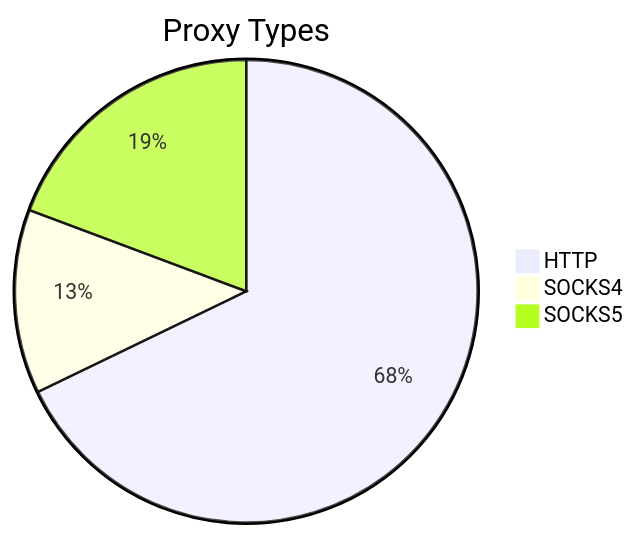
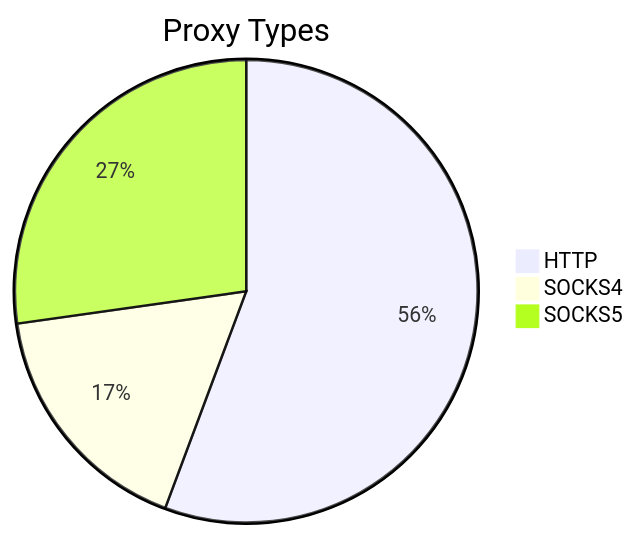
The first of 2 diagrams in README.md (stormsia/proxy-list), drawn with Mermaid before and after one commit. The commit also changed other lines of this file, not shown here.

````diff
--- a/README.md
+++ b/README.md
@@ -21,6 +21,6 @@
 ```mermaid
 pie title Proxy Types
-    "HTTP" : 116
-    "SOCKS4" : 22
-    "SOCKS5" : 33
+    "HTTP" : 137
+    "SOCKS4" : 42
+    "SOCKS5" : 67
 ```
````
